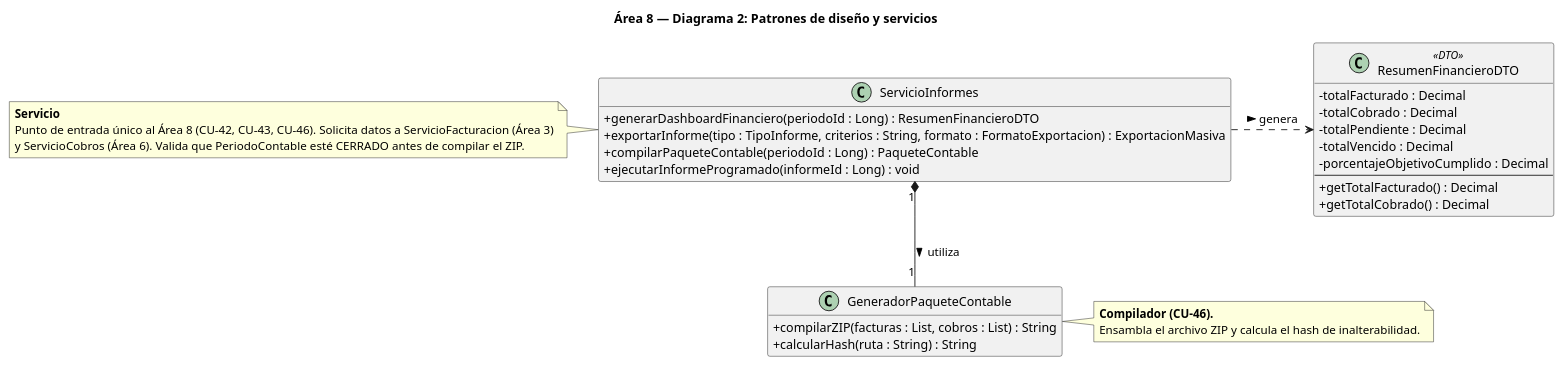
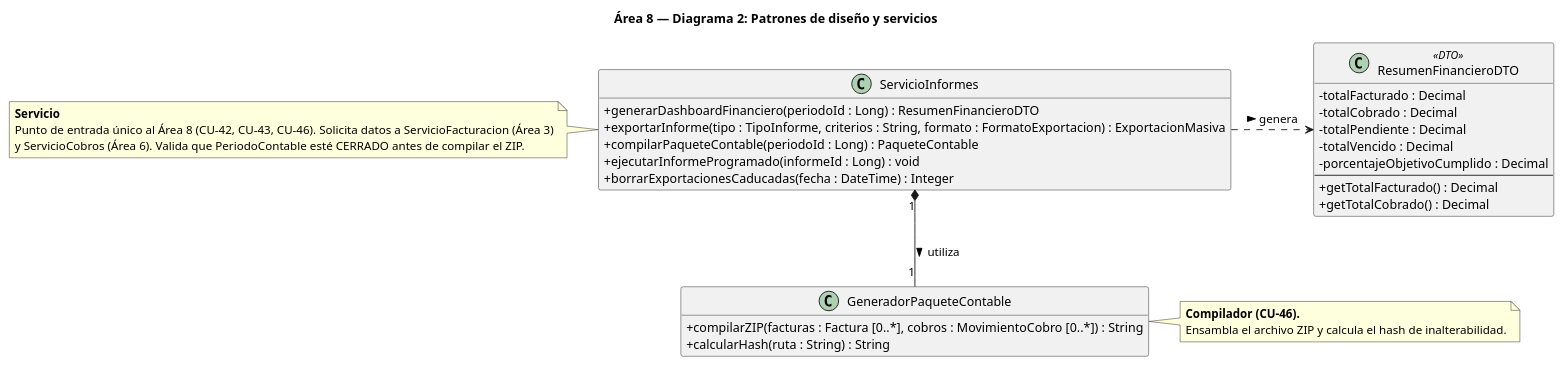
The diagram in Entrega2_GrupoBebes/entrega2/diagramas/clases/area08/area8_2_patrones_informes.puml (naybetaomar/AyDA-ProyectoBebes), drawn with PlantUML before and after one commit. The commit also changed 9 other files, not shown here.

```diff
--- a/Entrega2_GrupoBebes/entrega2/diagramas/clases/area08/area8_2_patrones_informes.puml
+++ b/Entrega2_GrupoBebes/entrega2/diagramas/clases/area08/area8_2_patrones_informes.puml
@@ -1,45 +1,46 @@
 @startuml area8_2_patrones_informes
 
 skinparam classAttributeIconSize 0
 hide empty members
 
 title Área 8 — Diagrama 2: Patrones de diseño y servicios
 
 class ServicioInformes {
     + generarDashboardFinanciero(periodoId : Long) : ResumenFinancieroDTO
     + exportarInforme(tipo : TipoInforme, criterios : String, formato : FormatoExportacion) : ExportacionMasiva
     + compilarPaqueteContable(periodoId : Long) : PaqueteContable
     + ejecutarInformeProgramado(informeId : Long) : void
+    + borrarExportacionesCaducadas(fecha : DateTime) : Integer
 }
 
 class ResumenFinancieroDTO <<DTO>> {
     - totalFacturado : Decimal
     - totalCobrado : Decimal
     - totalPendiente : Decimal
     - totalVencido : Decimal
     - porcentajeObjetivoCumplido : Decimal
     --
     + getTotalFacturado() : Decimal
     + getTotalCobrado() : Decimal
 }
 
 class GeneradorPaqueteContable {
-    + compilarZIP(facturas : List, cobros : List) : String
+    + compilarZIP(facturas : Factura [0..*], cobros : MovimientoCobro [0..*]) : String
     + calcularHash(ruta : String) : String
 }
 
 ServicioInformes .right.> ResumenFinancieroDTO : genera >
 ServicioInformes "1" *-- "1" GeneradorPaqueteContable : utiliza >
 
 note left of ServicioInformes
     **Servicio**
     Punto de entrada único al Área 8 (CU-42, CU-43, CU-46). Solicita datos a ServicioFacturacion (Área 3)
     y ServicioCobros (Área 6). Valida que PeriodoContable esté CERRADO antes de compilar el ZIP.
 end note
 
 note right of GeneradorPaqueteContable
     **Compilador (CU-46).**
     Ensambla el archivo ZIP y calcula el hash de inalterabilidad.
 end note
 
 @enduml
```
